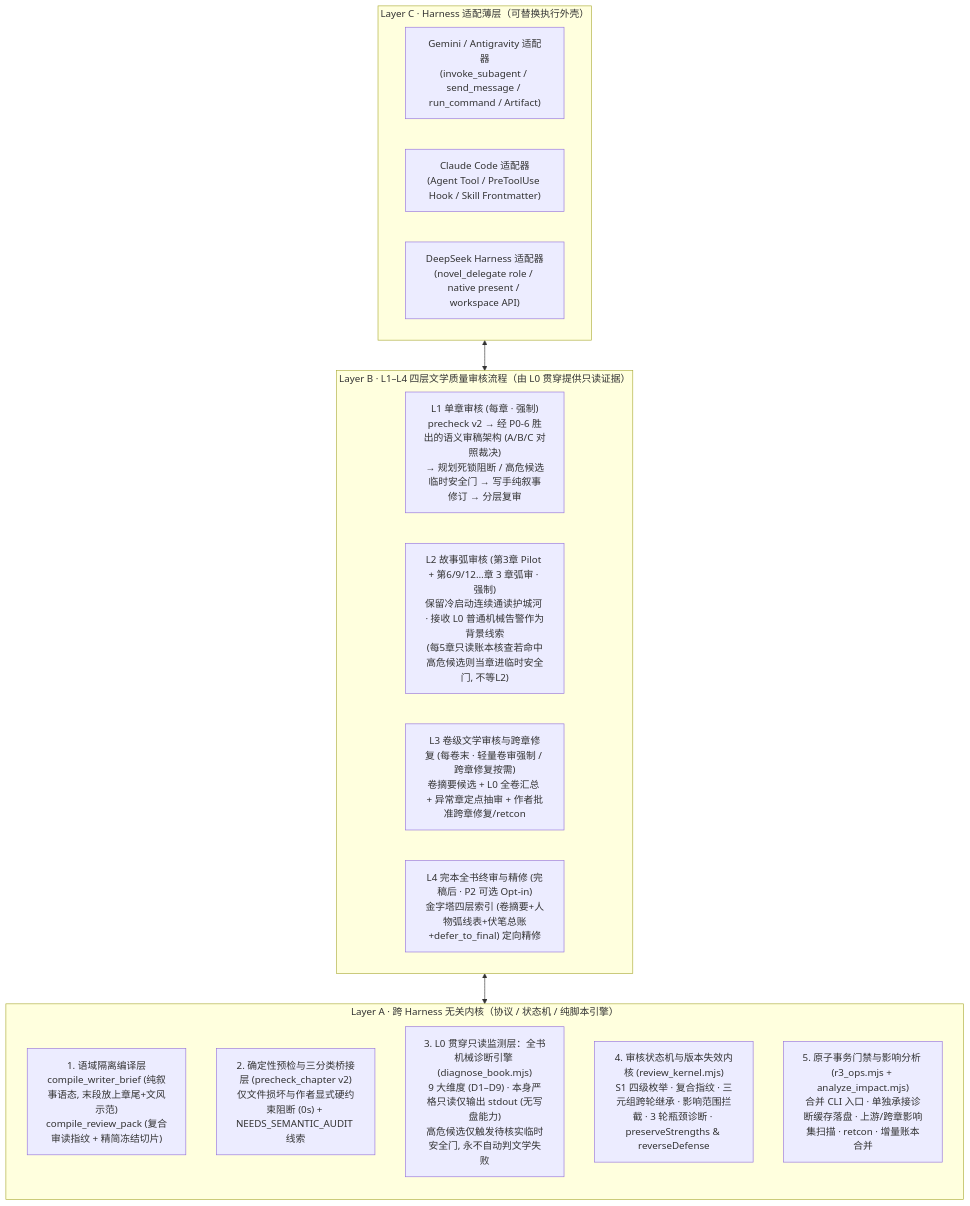
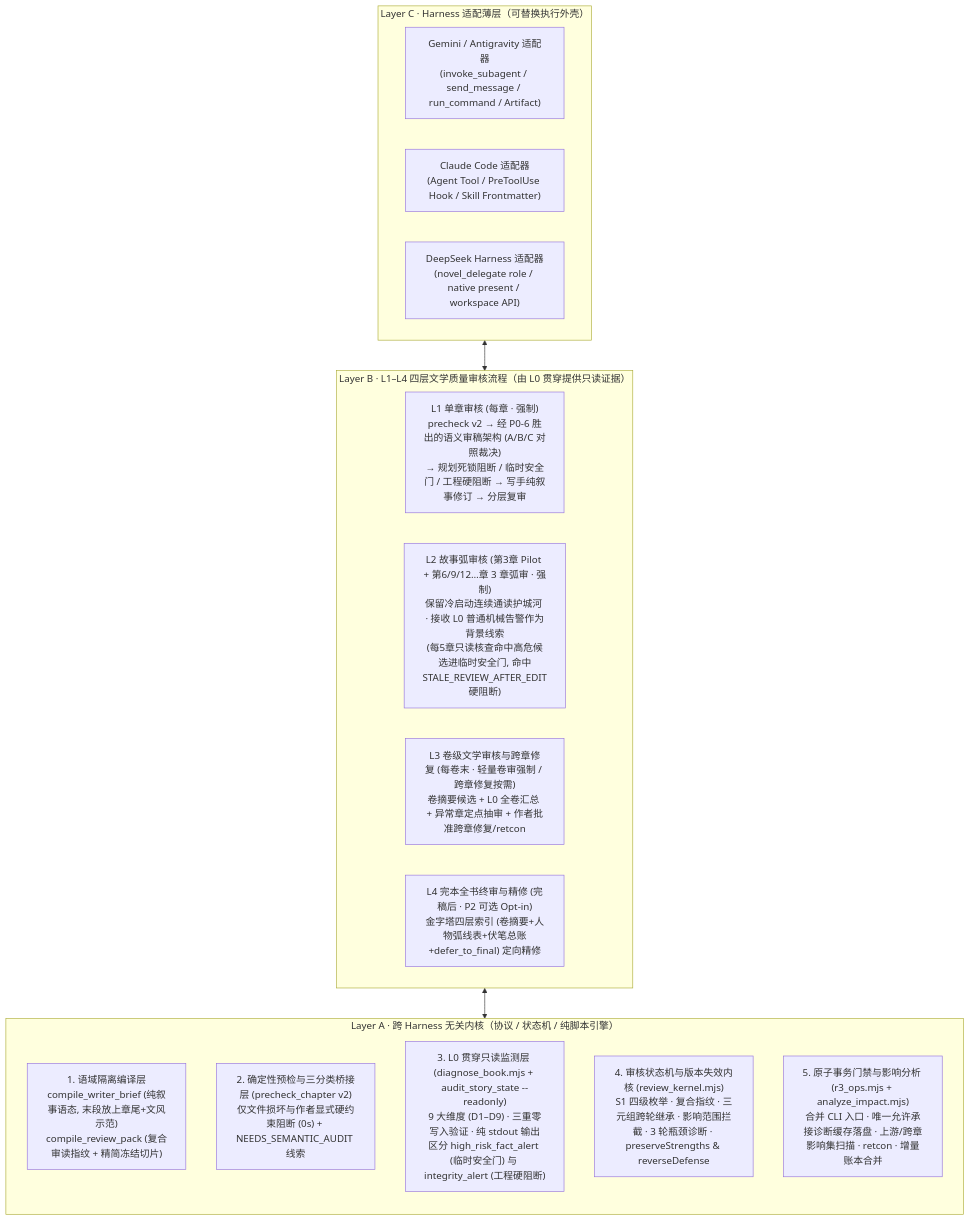
One commit to chindden/chinese-novelist-skill changed the diagram in docs/r3/review-v3/03-R3审核体系v3总体架构设计.md. Above: the diagram before and after it, drawn with Mermaid. The commit also changed other lines of this file and 10 other files, not shown here.

````diff
--- a/docs/r3/review-v3/03-R3审核体系v3总体架构设计.md
+++ b/docs/r3/review-v3/03-R3审核体系v3总体架构设计.md
@@ -21,26 +21,26 @@
 ```mermaid
 flowchart TB
     subgraph LAYER_A["Layer A · 跨 Harness 无关内核（协议 / 状态机 / 纯脚本引擎）"]
         direction TB
         M1["1. 语域隔离编译层<br/>compile_writer_brief (纯叙事语态, 末段放上章尾+文风示范)<br/>compile_review_pack (复合审读指纹 + 精简冻结切片)"]
         M2["2. 确定性预检与三分类桥接层 (precheck_chapter v2)<br/>仅文件损坏与作者显式硬约束阻断 (0s) + NEEDS_SEMANTIC_AUDIT 线索"]
-        M3["3. L0 贯穿只读监测层：全书机械诊断引擎 (diagnose_book.mjs)<br/>9 大维度 (D1–D9) · 本身严格只读仅输出 stdout (无写盘能力)<br/>高危候选仅触发待核实临时安全门, 永不自动判文学失败"]
+        M3["3. L0 贯穿只读监测层 (diagnose_book.mjs + audit_story_state --readonly)<br/>9 大维度 (D1–D9) · 三重零写入验证 · 纯 stdout 输出<br/>区分 high_risk_fact_alert (临时安全门) 与 integrity_alert (工程硬阻断)"]
         M4["4. 审核状态机与版本失效内核 (review_kernel.mjs)<br/>S1 四级枚举 · 复合指纹 · 三元组跨轮继承 · 影响范围拦截 · 3 轮瓶颈诊断 · preserveStrengths & reverseDefense"]
-        M5["5. 原子事务门禁与影响分析 (r3_ops.mjs + analyze_impact.mjs)<br/>合并 CLI 入口 · 单独承接诊断缓存落盘 · 上游/跨章影响集扫描 · retcon · 增量账本合并"]
+        M5["5. 原子事务门禁与影响分析 (r3_ops.mjs + analyze_impact.mjs)<br/>合并 CLI 入口 · 唯一允许承接诊断缓存落盘 · 上游/跨章影响集扫描 · retcon · 增量账本合并"]
     end
 
     subgraph LAYER_B["Layer B · L1–L4 四层文学质量审核流程（由 L0 贯穿提供只读证据）"]
-        L1["L1 单章审核 (每章 · 强制)<br/>precheck v2 → 经 P0-6 胜出的语义审稿架构 (A/B/C 对照裁决)<br/>→ 规划死锁阻断 / 高危候选临时安全门 → 写手纯叙事修订 → 分层复审"]
-        L2["L2 故事弧审核 (第3章 Pilot + 第6/9/12…章 3 章弧审 · 强制)<br/>保留冷启动连续通读护城河 · 接收 L0 普通机械告警作为背景线索<br/>(每5章只读账本核查若命中高危候选则当章进临时安全门, 不等L2)"]
+        L1["L1 单章审核 (每章 · 强制)<br/>precheck v2 → 经 P0-6 胜出的语义审稿架构 (A/B/C 对照裁决)<br/>→ 规划死锁阻断 / 临时安全门 / 工程硬阻断 → 写手纯叙事修订 → 分层复审"]
+        L2["L2 故事弧审核 (第3章 Pilot + 第6/9/12…章 3 章弧审 · 强制)<br/>保留冷启动连续通读护城河 · 接收 L0 普通机械告警作为背景线索<br/>(每5章只读核查命中高危候选进临时安全门, 命中STALE_REVIEW_AFTER_EDIT硬阻断)"]
         L3["L3 卷级文学审核与跨章修复 (每卷末 · 轻量卷审强制 / 跨章修复按需)<br/>卷摘要候选 + L0 全卷汇总 + 异常章定点抽审 + 作者批准跨章修复/retcon"]
         L4["L4 完本全书终审与精修 (完稿后 · P2 可选 Opt-in)<br/>金字塔四层索引 (卷摘要+人物弧线表+伏笔总账+defer_to_final) 定向精修"]
     end
 
     subgraph LAYER_C["Layer C · Harness 适配薄层（可替换执行外壳）"]
         H1["Gemini / Antigravity 适配器<br/>(invoke_subagent / send_message / run_command / Artifact)"]
         H2["Claude Code 适配器<br/>(Agent Tool / PreToolUse Hook / Skill Frontmatter)"]
         H3["DeepSeek Harness 适配器<br/>(novel_delegate role / native present / workspace API)"]
     end
 
     LAYER_C <--> LAYER_B <--> LAYER_A
 ```
````
